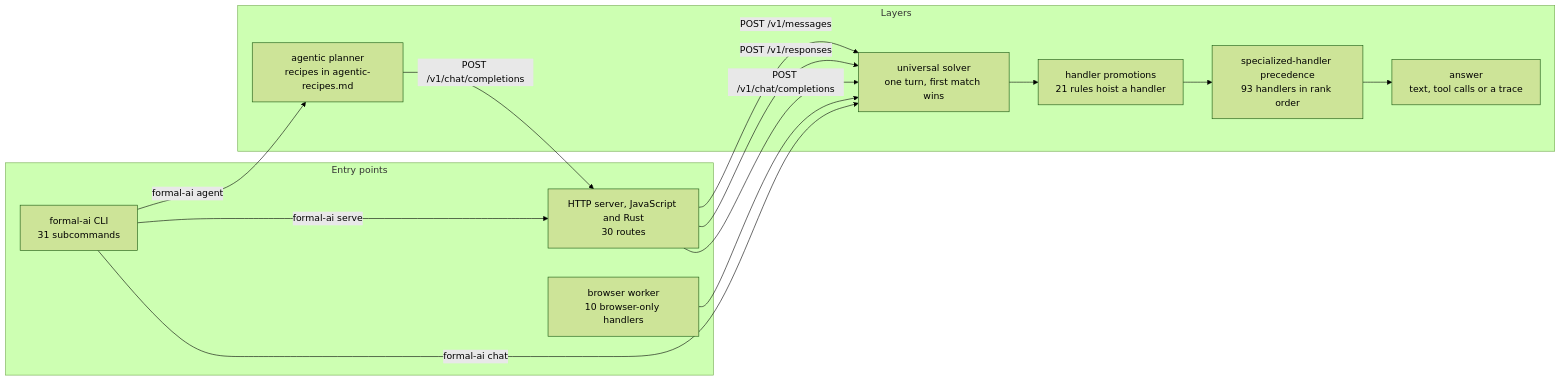
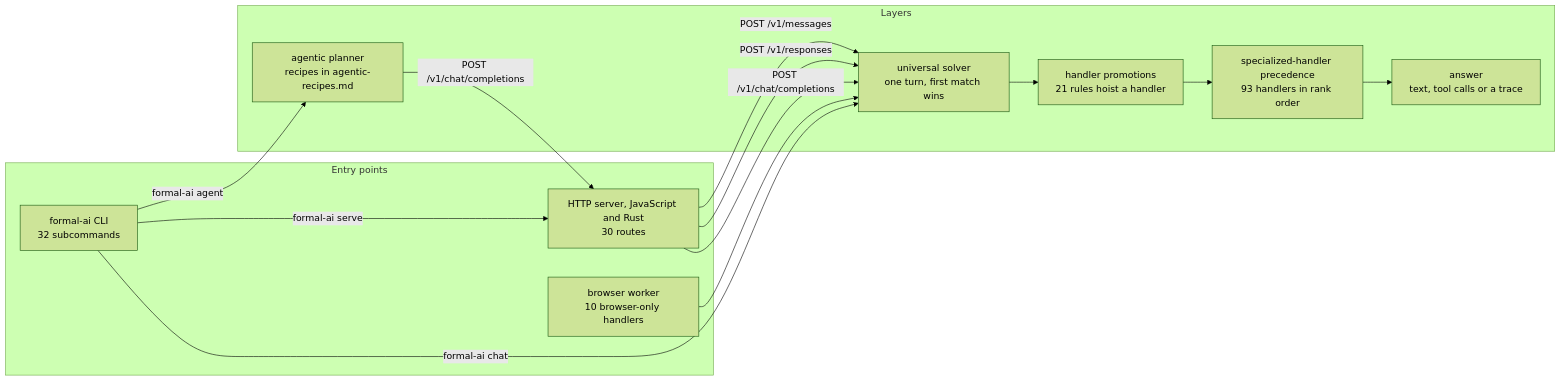
The diagram in docs/diagrams/system-overview.md (link-assistant/formal-ai), drawn with Mermaid (forest theme) before and after one commit. The commit also changed 162 other files, not shown here.

````diff
--- a/docs/diagrams/system-overview.md
+++ b/docs/diagrams/system-overview.md
@@ -13,26 +13,26 @@
 ```mermaid
 flowchart LR
     subgraph entries["Entry points"]
-        cli["formal-ai CLI<br/>31 subcommands"]
+        cli["formal-ai CLI<br/>32 subcommands"]
         http["HTTP server, JavaScript and Rust<br/>30 routes"]
         browser["browser worker<br/>10 browser-only handlers"]
     end
     subgraph layers["Layers"]
         planner["agentic planner<br/>recipes in agentic-recipes.md"]
         solver["universal solver<br/>one turn, first match wins"]
         promotions["handler promotions<br/>21 rules hoist a handler"]
         precedence["specialized-handler precedence<br/>93 handlers in rank order"]
         answer["answer<br/>text, tool calls or a trace"]
     end
     cli -->|"formal-ai chat"| solver
     cli -->|"formal-ai serve"| http
     cli -->|"formal-ai agent"| planner
     http -->|"POST /v1/chat/completions"| solver
     http -->|"POST /v1/responses"| solver
     http -->|"POST /v1/messages"| solver
     browser --> solver
     planner -->|"POST /v1/chat/completions"| http
     solver --> promotions
     promotions --> precedence
     precedence --> answer
 ```
````
